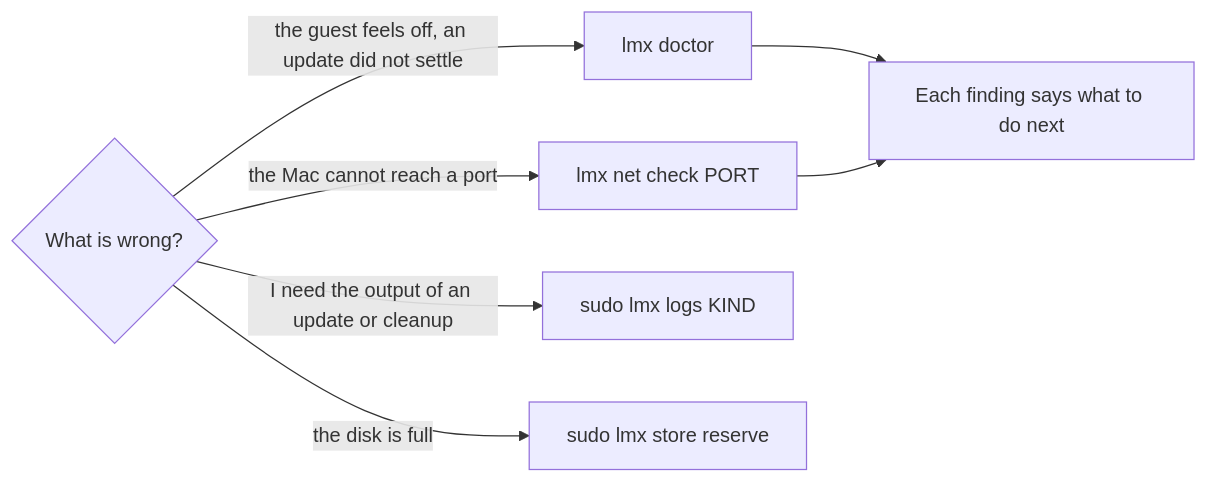
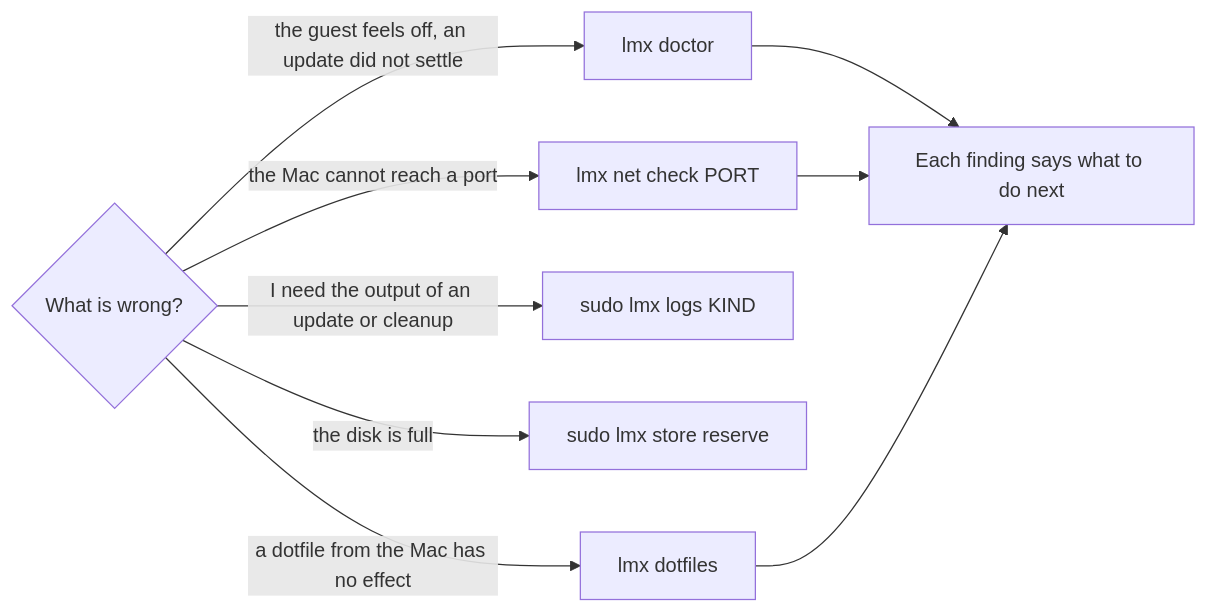
Before and after one commit to limanix/lmx: the diagram in guides/troubleshooting.md, drawn with Mermaid. The commit also changed other lines of this file and 19 other files, not shown here.

````diff
--- a/guides/troubleshooting.md
+++ b/guides/troubleshooting.md
@@ -5,10 +5,12 @@
 ```mermaid
 flowchart LR
     q{"What is wrong?"}
     q -->|"the guest feels off, an update did not settle"| doctor["lmx doctor"]
     q -->|"the Mac cannot reach a port"| net["lmx net check PORT"]
     q -->|"I need the output of an update or cleanup"| logs["sudo lmx logs KIND"]
     q -->|"the disk is full"| disk["sudo lmx store reserve"]
+    q -->|"a dotfile from the Mac has no effect"| dotfiles["lmx dotfiles"]
     doctor --> fix["Each finding says what to do next"]
     net --> fix
+    dotfiles --> fix
 ```
````
